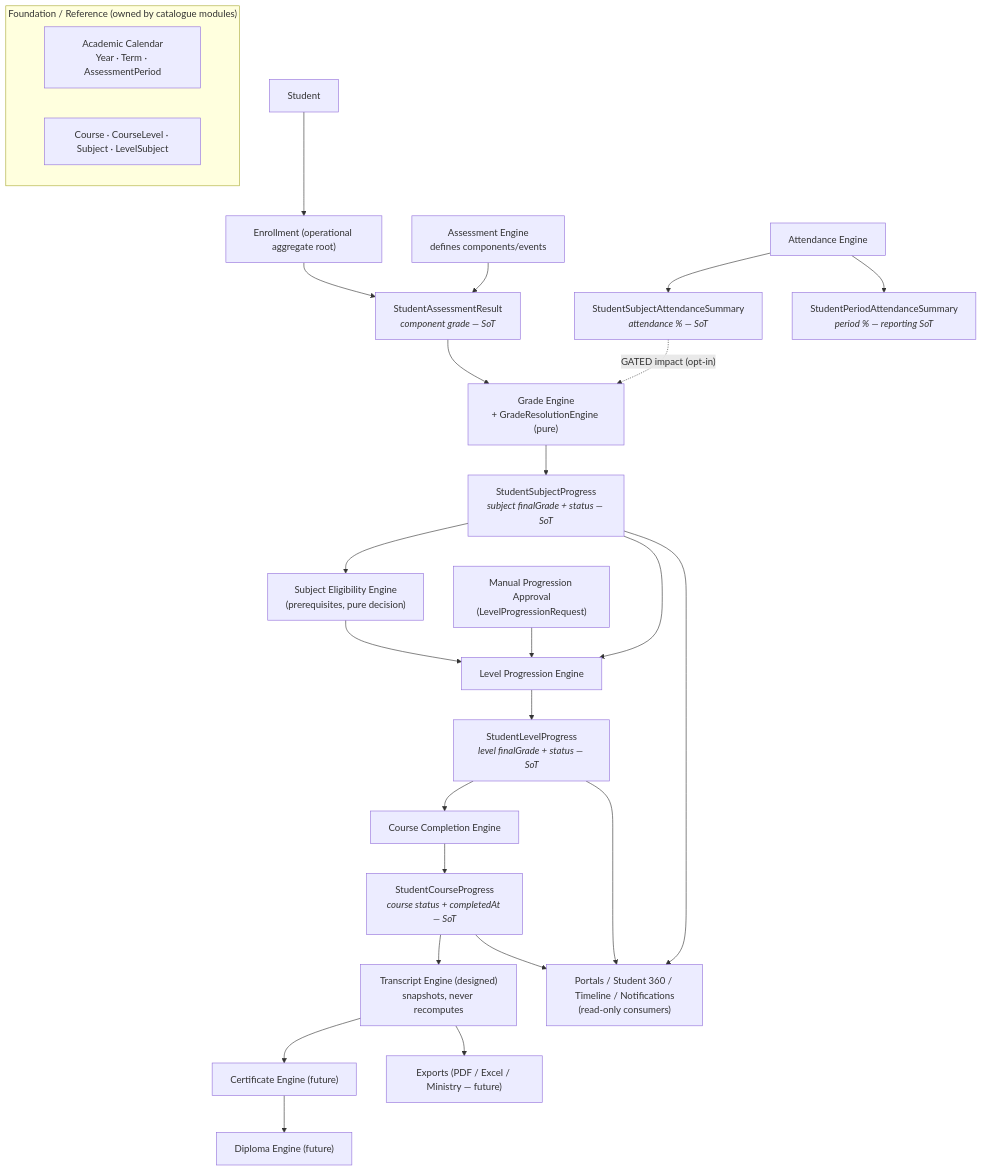
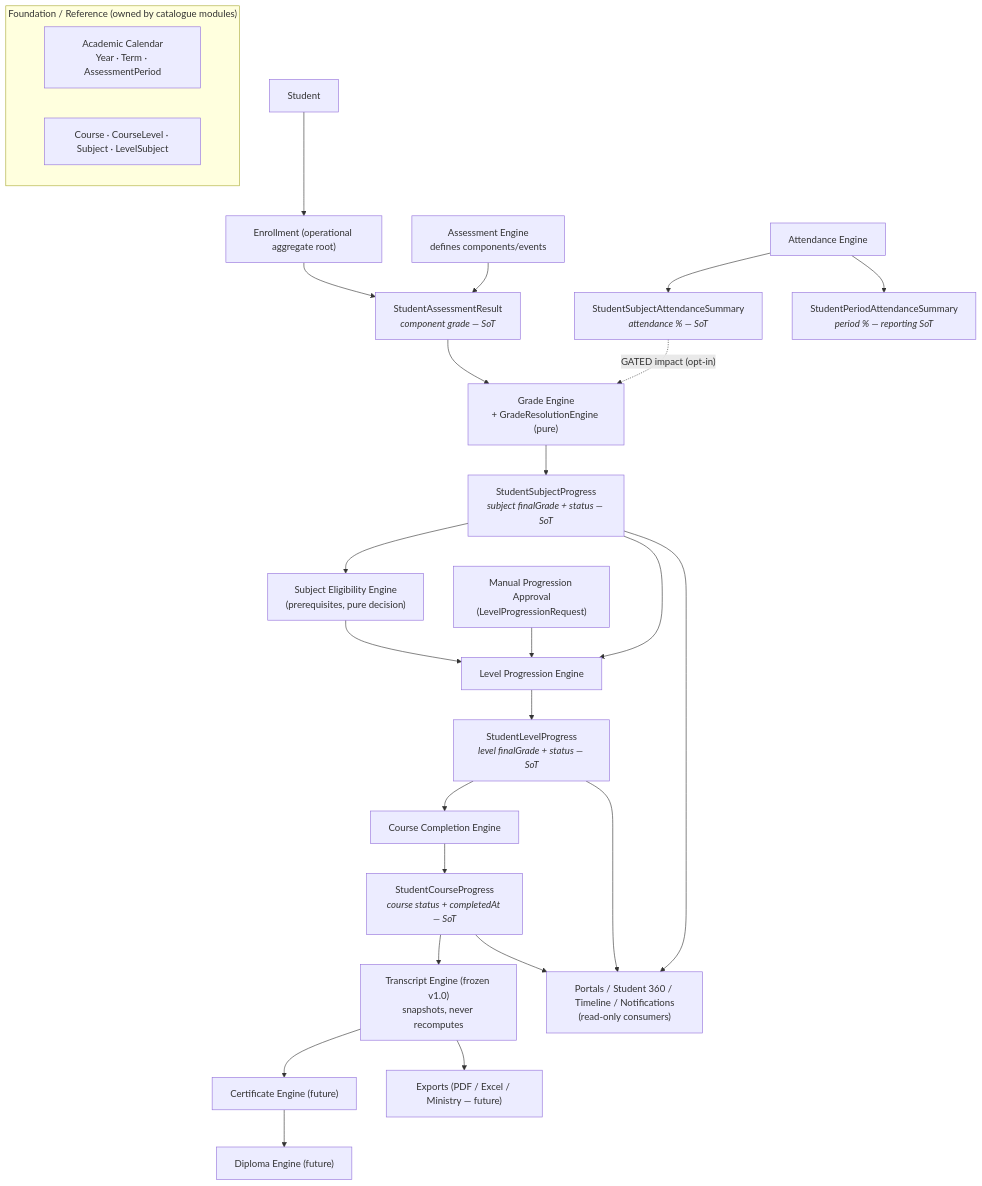
Before and after one commit to rafael-the-dev/e-learning: the first of 2 diagrams in docs/academic-core-architecture.md, drawn with Mermaid. The commit also changed other lines of this file and 1 other file, not shown here.

First line of the commit message:
docs(academic-core): freeze Academic Core architecture at v1.0 + ADR-001

````diff
--- a/docs/academic-core-architecture.md
+++ b/docs/academic-core-architecture.md
@@ -174,36 +217,36 @@
 ```mermaid
 flowchart TD
   subgraph FOUND["Foundation / Reference (owned by catalogue modules)"]
     CAL["Academic Calendar<br/>Year · Term · AssessmentPeriod"]
     STRUCT["Course · CourseLevel · Subject · LevelSubject"]
   end
 
   STU["Student"] --> ENR["Enrollment (operational aggregate root)"]
   ENR --> SAR["StudentAssessmentResult<br/><i>component grade — SoT</i>"]
   ASSESS["Assessment Engine<br/>defines components/events"] --> SAR
 
   SAR --> GRADE["Grade Engine<br/>+ GradeResolutionEngine (pure)"]
   GRADE --> SSP["StudentSubjectProgress<br/><i>subject finalGrade + status — SoT</i>"]
 
   ATT["Attendance Engine"] --> SSAS["StudentSubjectAttendanceSummary<br/><i>attendance % — SoT</i>"]
   ATT --> SPAS["StudentPeriodAttendanceSummary<br/><i>period % — reporting SoT</i>"]
   SSAS -. "GATED impact (opt-in)" .-> GRADE
 
   SSP --> ELIG["Subject Eligibility Engine<br/>(prerequisites, pure decision)"]
   SSP --> LVL["Level Progression Engine"]
   ELIG --> LVL
   LVL --> SLP["StudentLevelProgress<br/><i>level finalGrade + status — SoT</i>"]
   MPA["Manual Progression Approval<br/>(LevelProgressionRequest)"] --> LVL
 
   SLP --> CCE["Course Completion Engine"]
   CCE --> SCP["StudentCourseProgress<br/><i>course status + completedAt — SoT</i>"]
 
-  SCP --> TRANS["Transcript Engine (designed)<br/>snapshots, never recomputes"]
+  SCP --> TRANS["Transcript Engine (frozen v1.0)<br/>snapshots, never recomputes"]
   TRANS --> CERT["Certificate Engine (future)"]
   CERT --> DIP["Diploma Engine (future)"]
 
   SSP --> PORTAL["Portals / Student 360 / Timeline / Notifications<br/>(read-only consumers)"]
   SLP --> PORTAL
   SCP --> PORTAL
   TRANS --> EXP["Exports (PDF / Excel / Ministry — future)"]
 ```
````
